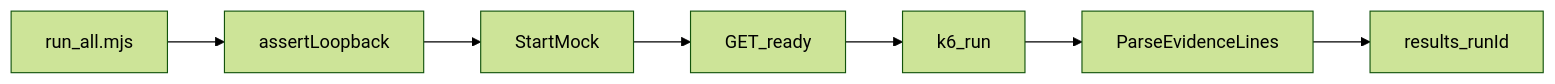
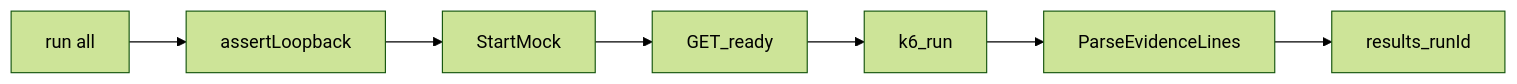
The diagram in platform/README.md (NPS-Dive/lumen-relay-quality-harness), drawn with Mermaid (forest theme) before and after one commit. The commit also changed 12 other files, not shown here.

First line of the commit message:
fix: render architecture diagrams on GitHub

````diff
--- a/platform/README.md
+++ b/platform/README.md
@@ -22,9 +22,9 @@
 ```mermaid
-flowchart LR
-  cli[run_all.mjs] --> guard[assertLoopback]
+graph LR
+  cli["run all"] --> guard[assertLoopback]
   guard --> mock[StartMock]
   mock --> ready[GET_ready]
   ready --> k6[k6_run]
   k6 --> parse[ParseEvidenceLines]
   parse --> files[results_runId]
 ```
````
